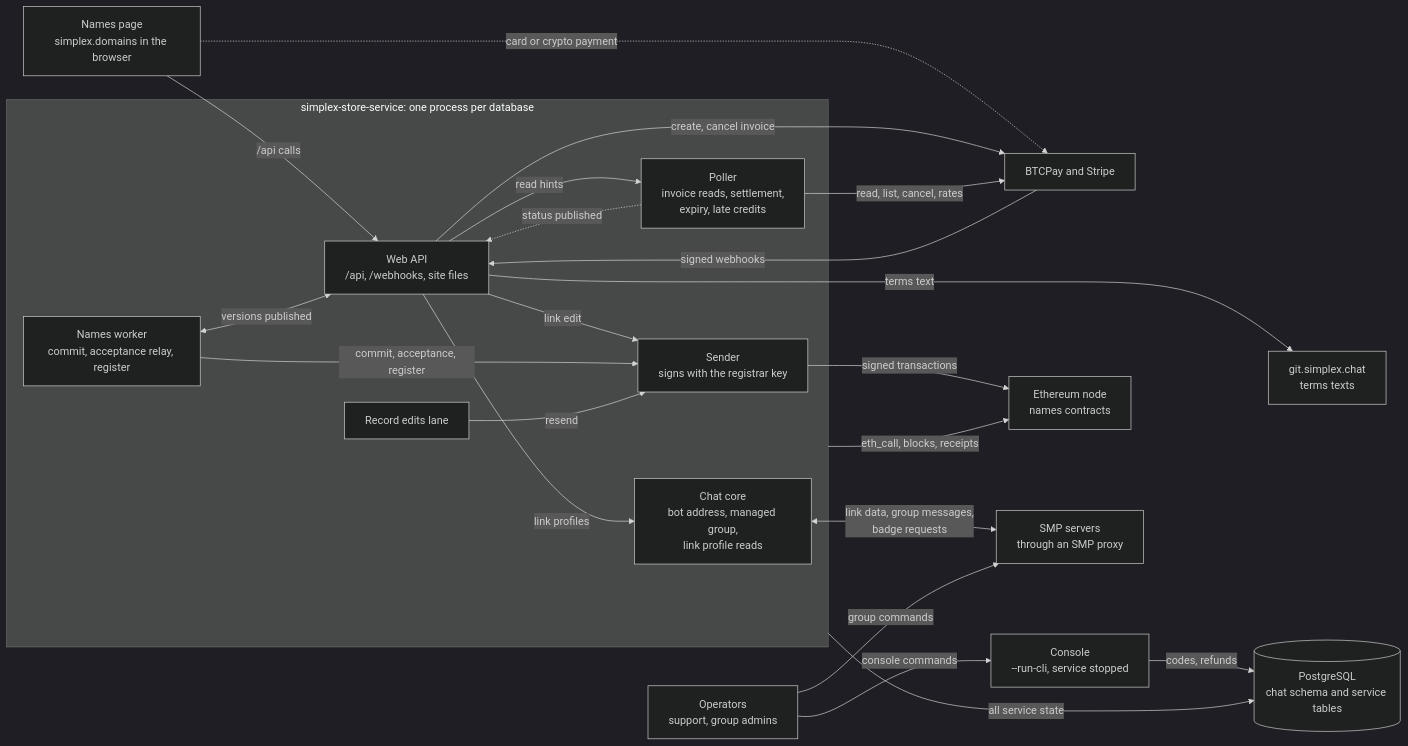
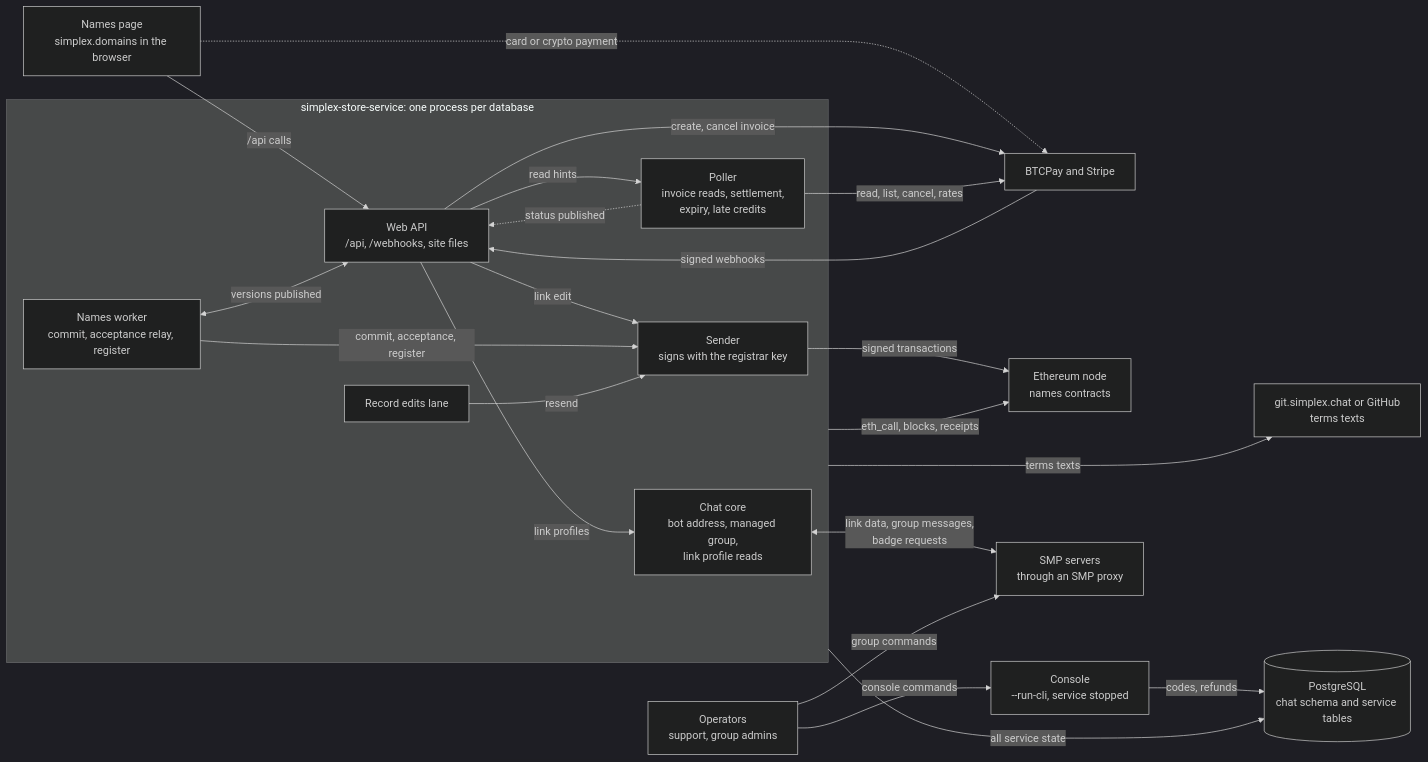
One commit to simplex-chat/simplex-chat changed the first of 13 diagrams in apps/simplex-store-service/docs/names.md. Above: the diagram before and after it, drawn with Mermaid (dark theme). The commit also changed other lines of this file and 13 other files, not shown here.

First line of the commit message:
store: keep the names terms texts across restarts (#8095)

````diff
--- a/apps/simplex-store-service/docs/names.md
+++ b/apps/simplex-store-service/docs/names.md
@@ -33,41 +33,41 @@
 ```mermaid
 flowchart LR
   ops["Operators<br/>support, group admins"]
   page["Names page<br/>simplex.domains in the browser"]
   pay["BTCPay and Stripe"]
   subgraph proc["simplex-store-service: one process per database"]
     web["Web API<br/>/api, /webhooks, site files"]
     poller["Poller<br/>invoice reads, settlement,<br/>expiry, late credits"]
     worker["Names worker<br/>commit, acceptance relay, register"]
     edits["Record edits lane"]
     sender["Sender<br/>signs with the registrar key"]
     chat["Chat core<br/>bot address, managed group,<br/>link profile reads"]
   end
   cli["Console<br/>--run-cli, service stopped"]
   db[("PostgreSQL<br/>chat schema and service tables")]
   eth["Ethereum node<br/>names contracts"]
   smp["SMP servers<br/>through an SMP proxy"]
-  git["git.simplex.chat<br/>terms texts"]
+  git["git.simplex.chat or GitHub<br/>terms texts"]
 
   page -->|"/api calls"| web
   page -.->|"card or crypto payment"| pay
   pay -->|"signed webhooks"| web
   web -->|"create, cancel invoice"| pay
   web -->|"read hints"| poller
   poller -->|"read, list, cancel, rates"| pay
   poller -.->|"status published"| web
   worker <-->|"versions published"| web
   web -->|"link edit"| sender
   worker -->|"commit, acceptance, register"| sender
   edits -->|"resend"| sender
   sender -->|"signed transactions"| eth
   proc -->|"eth_call, blocks, receipts"| eth
   proc -->|"all service state"| db
-  web -->|"terms text"| git
+  proc -->|"terms texts"| git
   web -->|"link profiles"| chat
   chat <-->|"link data, group messages,<br/>badge requests"| smp
   ops -->|"group commands"| smp
   ops -->|"console commands"| cli
   cli -->|"codes, refunds"| db
   eth ~~~ git
 ```
````
